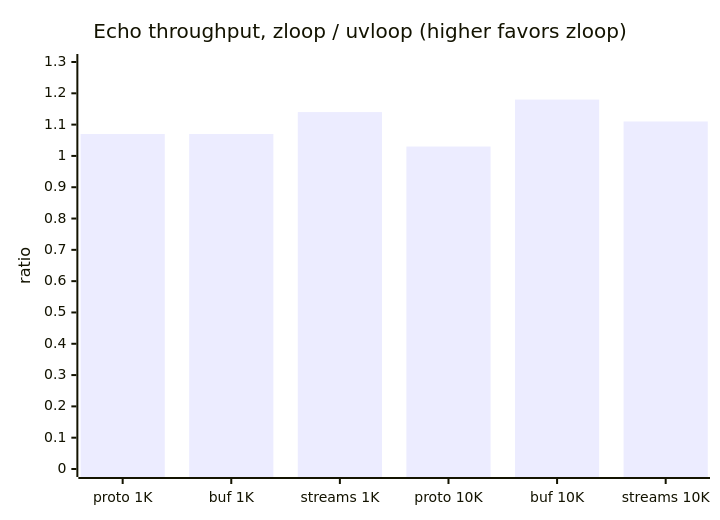
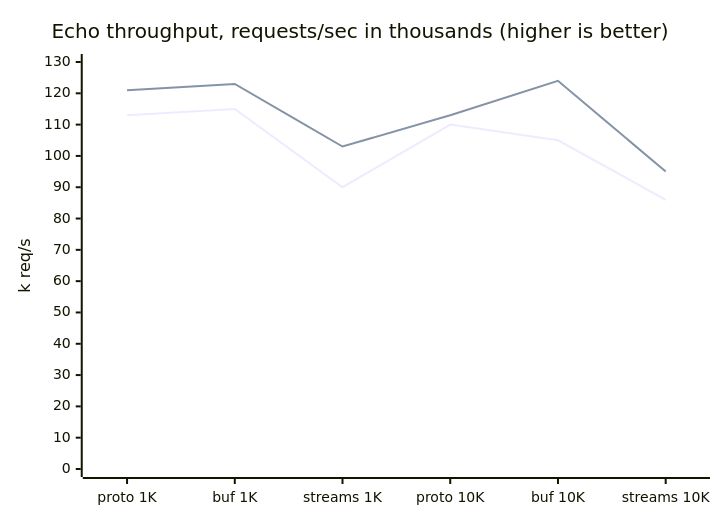
Before and after one commit to Kludex/zloop: the diagram in docs/reference/performance.md, drawn with Mermaid. The commit also changed other lines of this file, not shown here.

Commit message:
Performance chart: plot both uvloop and zloop, not just the ratio
The ratio bar chart only showed zloop and hid the actual throughput. Replace it
with a two-series xychart of absolute requests/sec for uvloop and zloop (y-axis
from 0, so magnitudes aren't exaggerated); zloop's line sits above uvloop's in
every configuration. Caption disambiguates which line is which.

````diff
--- a/docs/reference/performance.md
+++ b/docs/reference/performance.md
@@ -34,7 +34,8 @@
 ```mermaid
 xychart-beta
-    title "Echo throughput, zloop / uvloop (higher favors zloop)"
+    title "Echo throughput, requests/sec in thousands (higher is better)"
     x-axis ["proto 1K", "buf 1K", "streams 1K", "proto 10K", "buf 10K", "streams 10K"]
-    y-axis "ratio" 0 --> 1.3
-    bar [1.07, 1.07, 1.14, 1.03, 1.18, 1.11]
+    y-axis "k req/s" 0 --> 130
+    line "uvloop" [113, 115, 90, 110, 105, 86]
+    line "zloop" [121, 123, 103, 113, 124, 95]
 ```
````
